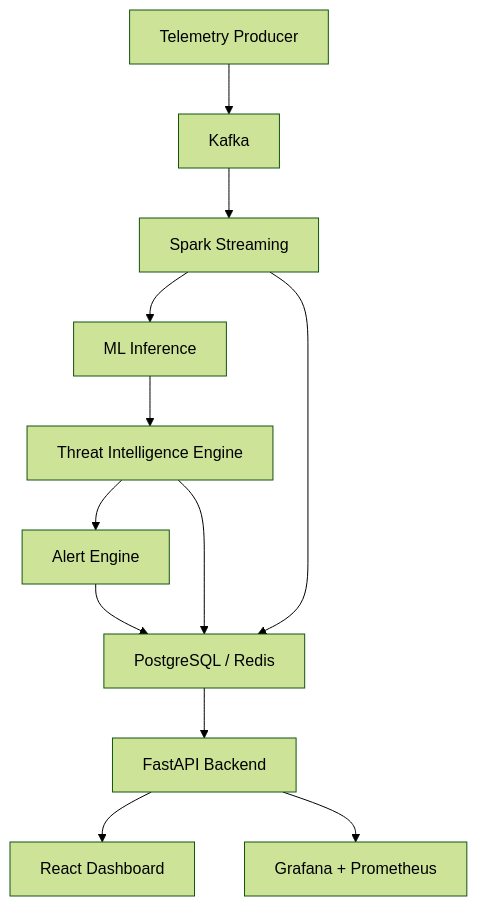
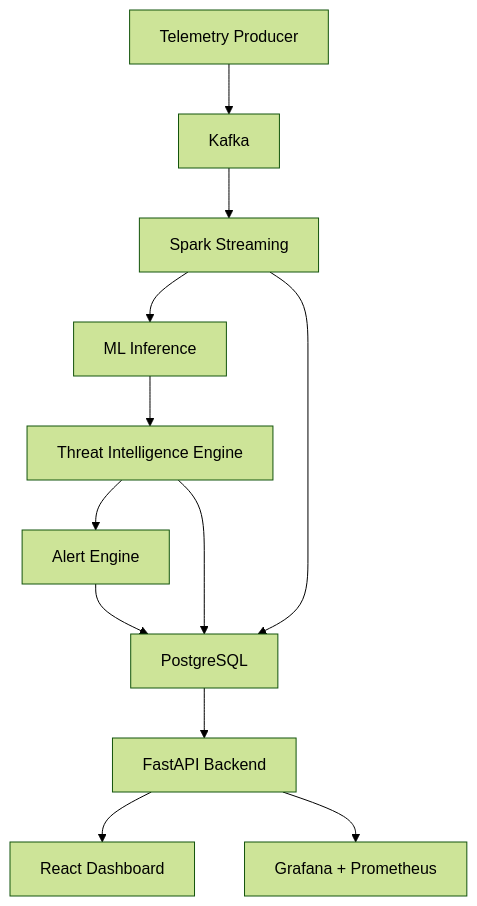
One commit to Jay-2522/Real-Time-Threat-Detection-and-Analytics changed the diagram in README.md. Above: the diagram before and after it, drawn with Mermaid (forest theme). The commit also changed other lines of this file and 50 other files, not shown here.

````diff
--- a/README.md
+++ b/README.md
@@ -67,14 +66,14 @@
 ```mermaid
 flowchart TD
     A["Telemetry Producer"] --> B["Kafka"]
     B --> C["Spark Streaming"]
     C --> D["ML Inference"]
     D --> E["Threat Intelligence Engine"]
     E --> F["Alert Engine"]
-    F --> G["PostgreSQL / Redis"]
+    F --> G["PostgreSQL"]
     E --> G
     C --> G
     G --> H["FastAPI Backend"]
     H --> I["React Dashboard"]
     H --> J["Grafana + Prometheus"]
 ```
````
